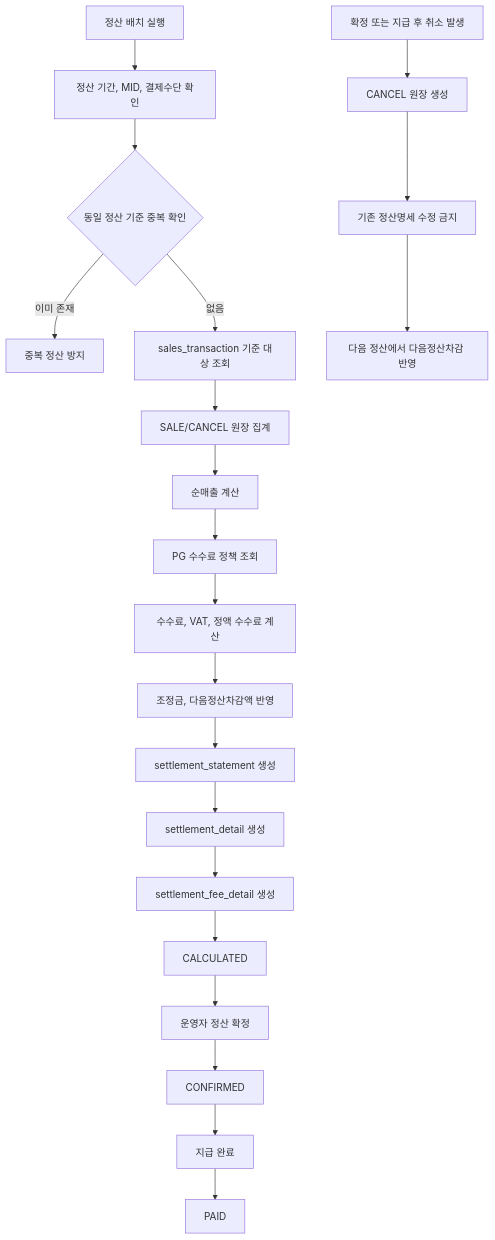
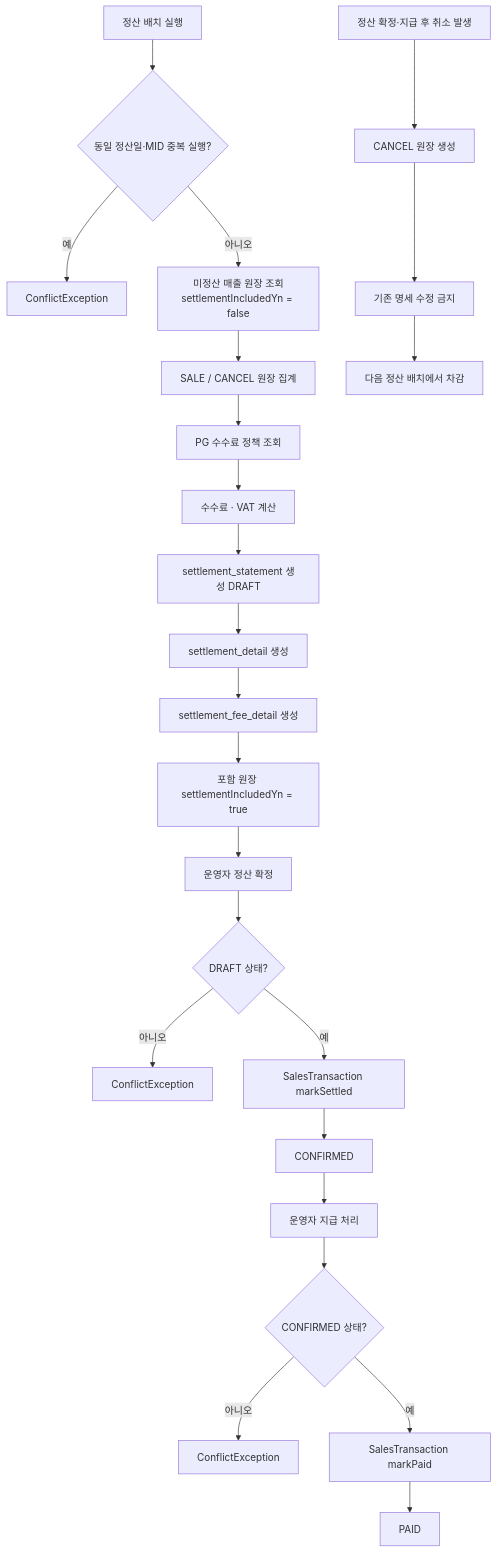
Before and after one commit to Yeni924/yeni-backoffice: the second of 2 diagrams in README.md, drawn with Mermaid. The commit also changed other lines of this file and 48 other files, not shown here.

````diff
--- a/README.md
+++ b/README.md
@@ -106,26 +167,30 @@
 ```mermaid
 flowchart TD
-    A[정산 배치 실행] --> B[정산 기간, MID, 결제수단 확인]
-    B --> C{동일 정산 기준 중복 확인}
-    C -- 이미 존재 --> C1[중복 정산 방지]
-    C -- 없음 --> D[sales_transaction 기준 대상 조회]
+    A[정산 배치 실행] --> B{동일 정산일·MID 중복 실행?}
+    B -- 예 --> B1[ConflictException]
+    B -- 아니오 --> C[미정산 매출 원장 조회<br/>settlementIncludedYn = false]
 
-    D --> E[SALE/CANCEL 원장 집계]
-    E --> F[순매출 계산]
-    F --> G[PG 수수료 정책 조회]
-    G --> H[수수료, VAT, 정액 수수료 계산]
-    H --> I[조정금, 다음정산차감액 반영]
-    I --> J[settlement_statement 생성]
-    J --> K[settlement_detail 생성]
-    K --> L[settlement_fee_detail 생성]
+    C --> D[SALE / CANCEL 원장 집계]
+    D --> E[PG 수수료 정책 조회]
+    E --> F[수수료 · VAT 계산]
+    F --> G[settlement_statement 생성 DRAFT]
+    G --> H[settlement_detail 생성]
+    H --> I[settlement_fee_detail 생성]
+    I --> J[포함 원장 settlementIncludedYn = true]
 
-    L --> M[CALCULATED]
-    M --> N[운영자 정산 확정]
-    N --> O[CONFIRMED]
-    O --> P[지급 완료]
-    P --> Q[PAID]
+    J --> K[운영자 정산 확정]
+    K --> L{DRAFT 상태?}
+    L -- 아니오 --> L1[ConflictException]
+    L -- 예 --> M[SalesTransaction markSettled]
+    M --> N[CONFIRMED]
 
-    R[확정 또는 지급 후 취소 발생] --> S[CANCEL 원장 생성]
-    S --> T[기존 정산명세 수정 금지]
-    T --> U[다음 정산에서 다음정산차감 반영]
+    N --> O[운영자 지급 처리]
+    O --> P{CONFIRMED 상태?}
+    P -- 아니오 --> P1[ConflictException]
+    P -- 예 --> Q[SalesTransaction markPaid]
+    Q --> R[PAID]
+
+    S[정산 확정·지급 후 취소 발생] --> T[CANCEL 원장 생성]
+    T --> U[기존 명세 수정 금지]
+    U --> V[다음 정산 배치에서 차감]
 ```
````
